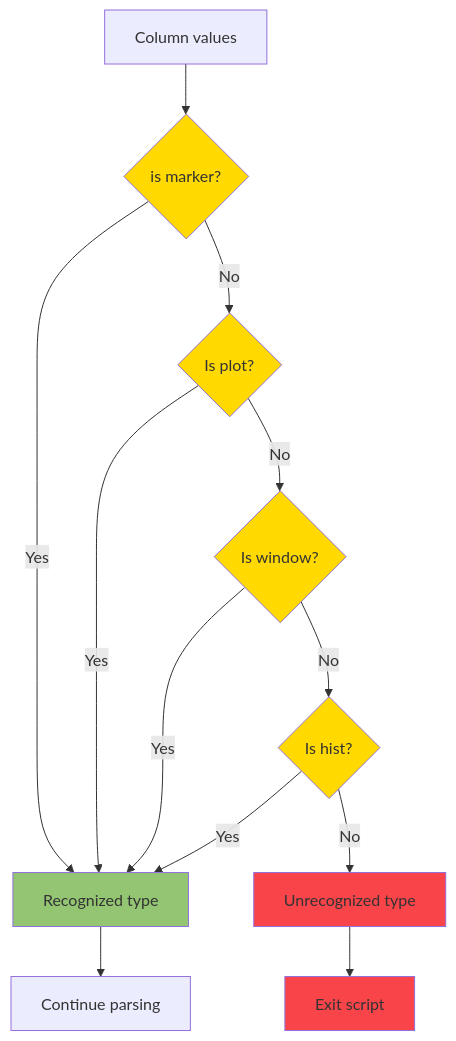
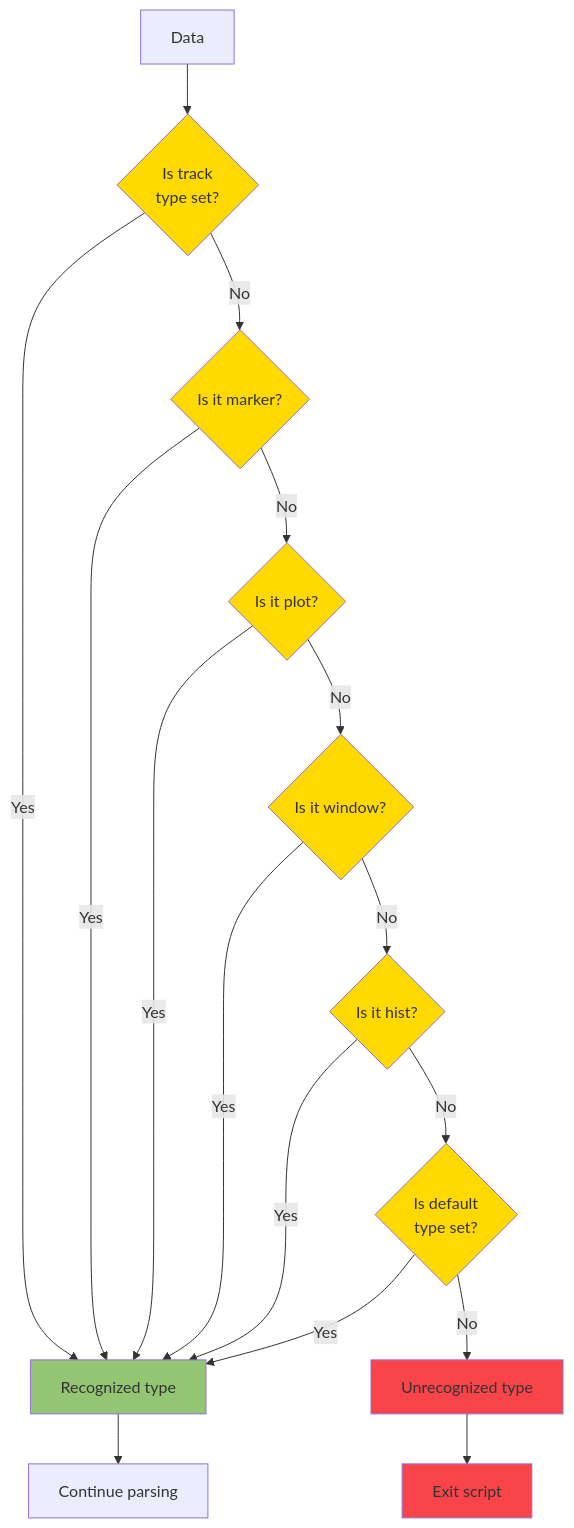
Before and after one commit to mahajrod/MCTool: the first of 2 diagrams in documentation/tracks/track_format.md, drawn with Mermaid. The commit also changed other lines of this file and 3 other files, not shown here.

````diff
--- a/documentation/tracks/track_format.md
+++ b/documentation/tracks/track_format.md
@@ -72,20 +73,24 @@
 ```mermaid
 
 flowchart TD
-    A[Column values] --> MarkerTest{is marker?}:::BranchingType
+    Input[Data] --> ParsingTest{Is track\n type set?}:::BranchingType
+    ParsingTest -->|Yes| Result[Recognized type]:::SucessType
+    ParsingTest -->|No| MarkerTest{Is it marker?}:::BranchingType
     MarkerTest -->|Yes| Result[Recognized type]:::SucessType
-    MarkerTest -->|No| PlotTest{Is plot?}:::BranchingType
+    MarkerTest -->|No| PlotTest{Is it plot?}:::BranchingType
     PlotTest -->|Yes| Result
-    PlotTest -->|No| WindowTest{Is window?}:::BranchingType
+    PlotTest -->|No| WindowTest{Is it window?}:::BranchingType
     WindowTest -->|Yes| Result
-    WindowTest -->|No| HistTest{Is hist?}:::BranchingType
+    WindowTest -->|No| HistTest{Is it hist?}:::BranchingType
     HistTest -->|Yes| Result
-    HistTest -->|No| Fail[Unrecognized type]:::FailType
+    HistTest -->|No| DefaultTest{Is default\n type set?}:::BranchingType
+    DefaultTest -->|Yes| Result
+    DefaultTest -->|No| Fail[Unrecognized type]:::FailType
     Result --> Continue[Continue parsing]
     Fail --> Exit[Exit script]:::FailType
     
     classDef SucessType fill:#93C572,font-color:black
     classDef FailType fill:#F94449,font-color:black
     classDef ResultType fill:#60CEED,font-color:black
     classDef BranchingType fill:#FFD900,font-color:black
 ```
````
